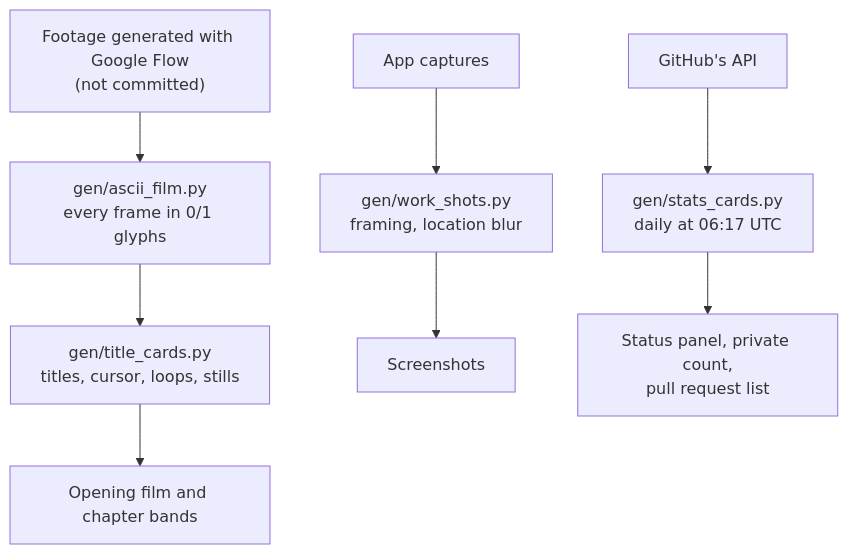
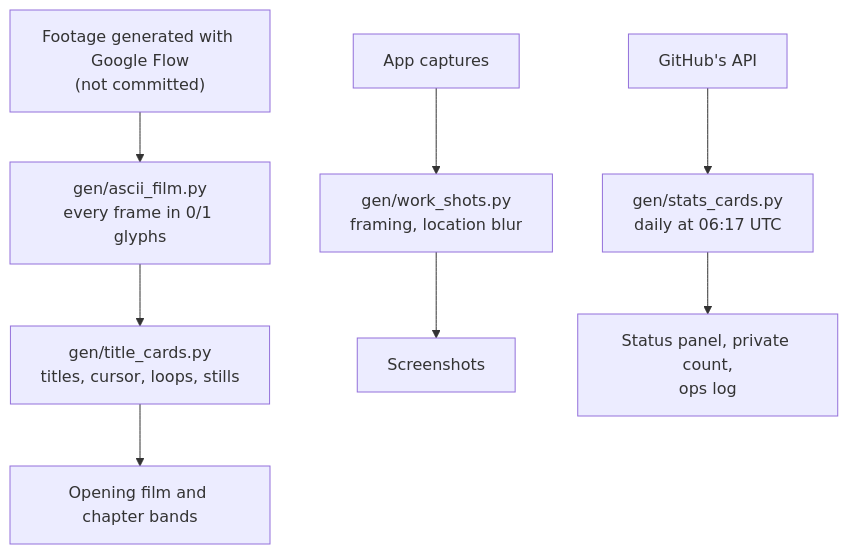
One commit to FawwazLawal/FawwazLawal changed the diagram in README.md. Above: the diagram before and after it, drawn with Mermaid. The commit also changed other lines of this file and 6 other files, not shown here.

Commit message:
Lead with the ops log: a daily table of every upstream pull request

````diff
--- a/README.md
+++ b/README.md
@@ -213,10 +217,10 @@
 ```mermaid
 flowchart TD
   F["Footage generated with Google Flow<br/>(not committed)"] --> A["gen/ascii_film.py<br/>every frame in 0/1 glyphs"]
   A --> T["gen/title_cards.py<br/>titles, cursor, loops, stills"]
   T --> B["Opening film and chapter bands"]
   S["App captures"] --> W["gen/work_shots.py<br/>framing, location blur"]
   W --> P["Screenshots"]
   G["GitHub's API"] --> C["gen/stats_cards.py<br/>daily at 06:17 UTC"]
-  C --> L["Status panel, private count,<br/>pull request list"]
+  C --> L["Status panel, private count,<br/>ops log"]
 ```
````
